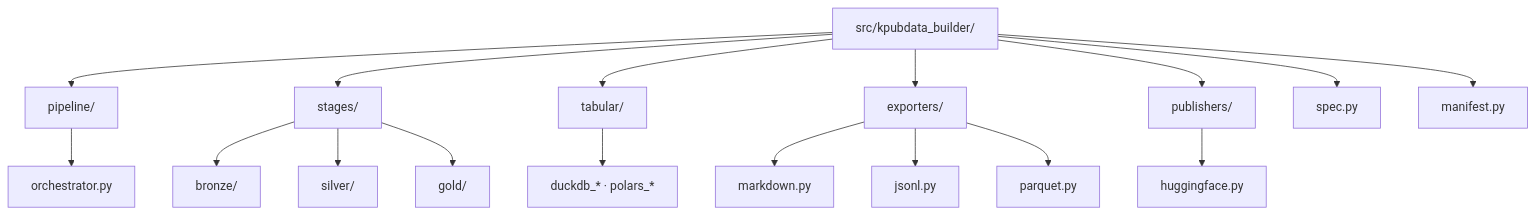
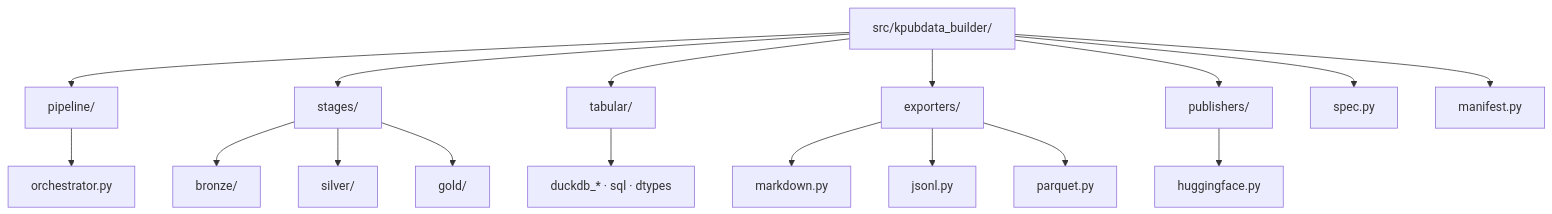
The second of 3 diagrams in AGENTS.md (kpubdata-lab/kpubdata-builder), drawn with Mermaid before and after one commit. The commit also changed other lines of this file and 17 other files, not shown here.

````diff
--- a/AGENTS.md
+++ b/AGENTS.md
@@ -284,21 +285,21 @@
 ```mermaid
 graph TD
     ROOT[src/kpubdata_builder/] --> PL[pipeline/]
     ROOT --> ST[stages/]
     ROOT --> TB[tabular/]
     ROOT --> E[exporters/]
     ROOT --> P[publishers/]
     ROOT --> S[spec.py]
     ROOT --> M[manifest.py]
 
     PL --> ORCH[orchestrator.py]
     ST --> BR[bronze/]
     ST --> SI[silver/]
     ST --> GO[gold/]
-    TB --> PO[duckdb_* · polars_*]
+    TB --> PO[duckdb_* · sql · dtypes]
     E --> ME[markdown.py]
     E --> JE[jsonl.py]
     E --> PE[parquet.py]
 
     P --> HP[huggingface.py]
 ```
````
